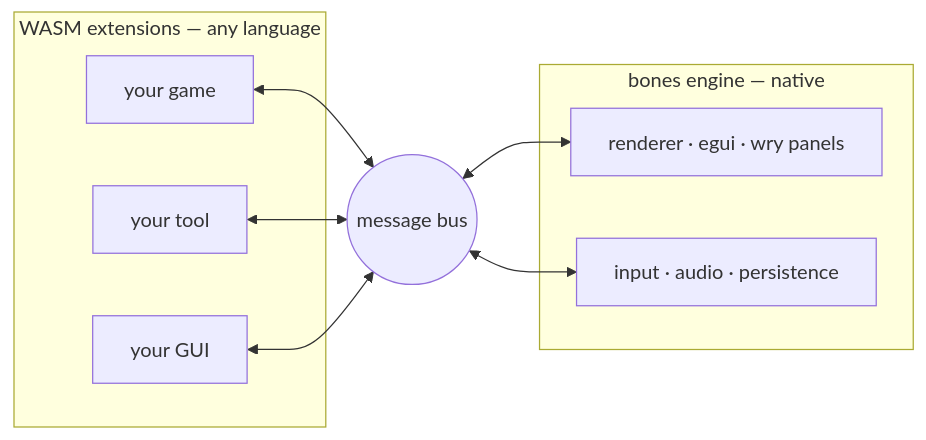
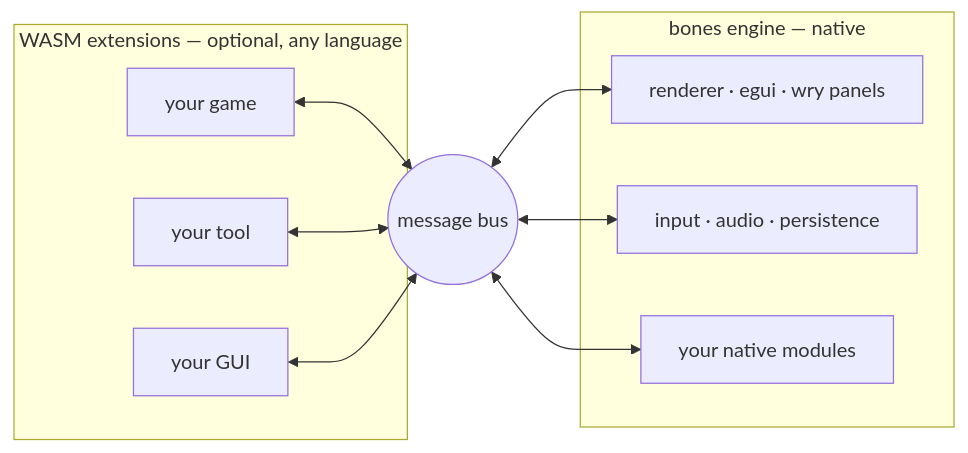
One commit to an-dr/bones changed the diagram in README.md. Above: the diagram before and after it, drawn with Mermaid. The commit also changed other lines of this file and 64 other files, not shown here.

First line of the commit message:
refactor!: host extensions in an opt-in wasm module

````diff
--- a/README.md
+++ b/README.md
@@ -19,15 +19,16 @@
 ```mermaid
 flowchart LR
-  subgraph guests["WASM extensions — any language"]
+  subgraph guests["WASM extensions — optional, any language"]
     game["your game"]
     tool["your tool"]
     gui["your GUI"]
   end
   bus(("message bus"))
   subgraph core["bones engine — native"]
     present["renderer · egui · wry panels"]
     io["input · audio · persistence"]
+    mine["your native modules"]
   end
   game & tool & gui <--> bus
-  bus <--> present & io
+  bus <--> present & io & mine
 ```
````
